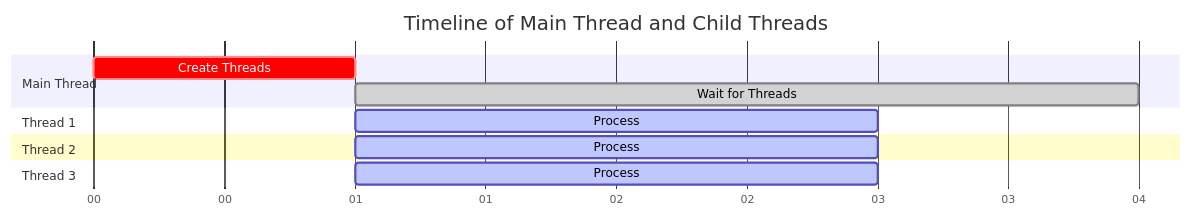
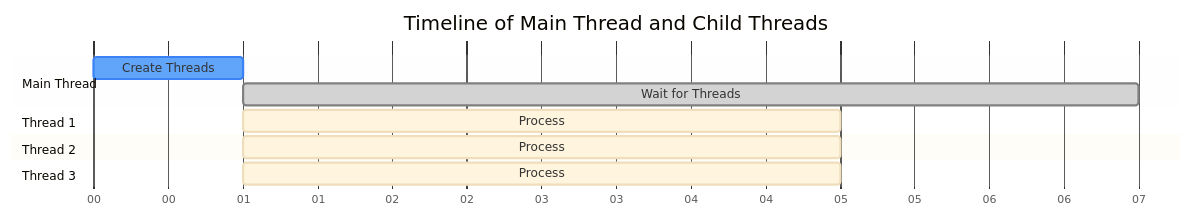
Before and after one commit to rain1024/python-adventure: the second of 2 diagrams in README.md, drawn with Mermaid.

````diff
--- a/README.md
+++ b/README.md
@@ -89,19 +89,30 @@
 ```mermaid
 gantt
     title Timeline of Main Thread and Child Threads
     dateFormat s
     axisFormat %S
 
     section Main Thread
-    Create Threads      :crit, a1, 0, 1s
-    Wait for Threads    :done, a2, after a1, 3s
-    
+    Create Threads :crit, a1, 0, 1s
+    Wait for Threads :done, a2, after a1, 6s
+
     section Thread 1
-    Process       :active, t1, after a1, 2s
-    
+    Process :t1, after a1, 4s
+
     section Thread 2
-    Process       :active, t2, after a1, 2s
-    
+    Process :t2, after a1, 4s
+
     section Thread 3
-    Process       :active, t3, after a1, 2s
+    Process :t3, after a1, 4s
+
+    %%{init: { 
+        'theme': 'base',
+        'themeVariables': {
+            'critBorderColor': '#3B82F6',
+            'critBkgColor': '#60A5FA',
+            'doneColor': '#60A5FA',
+            'doneBorderColor': '#3B82F6',
+            'lineWidth': '1px'
+        }
+    }}%%
 ```
````
